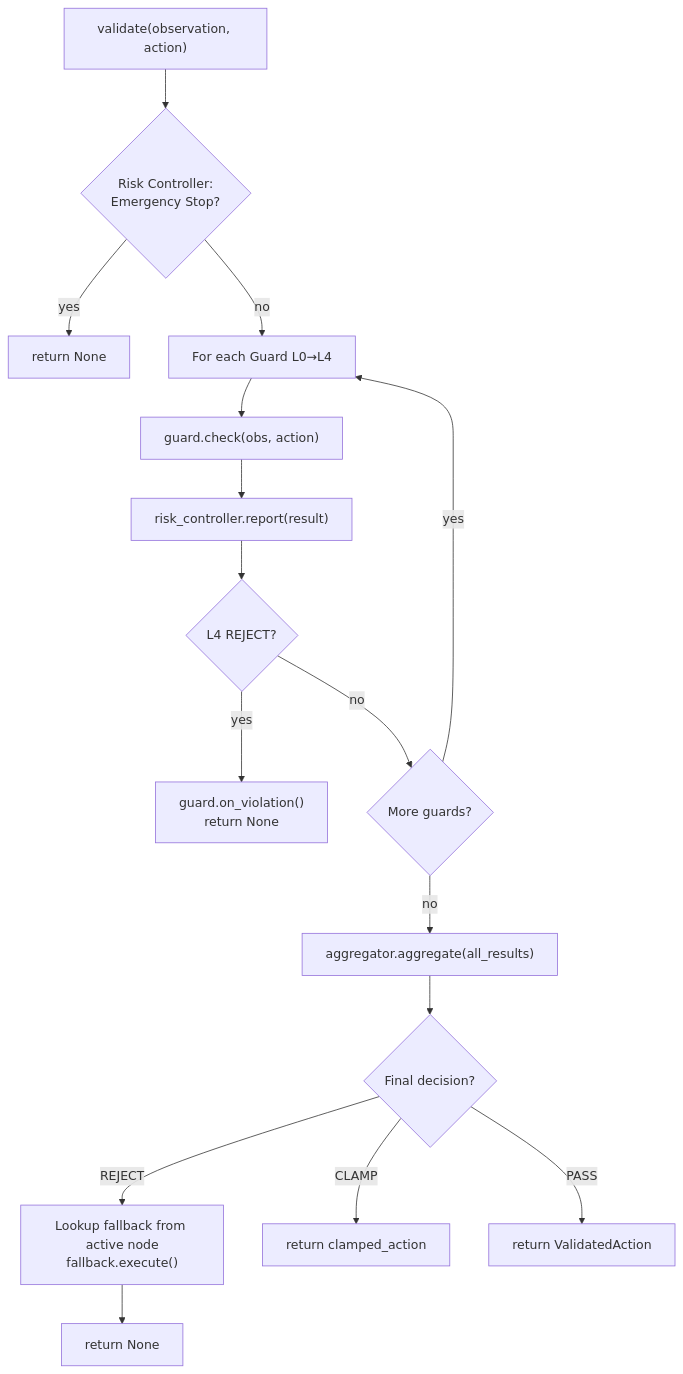
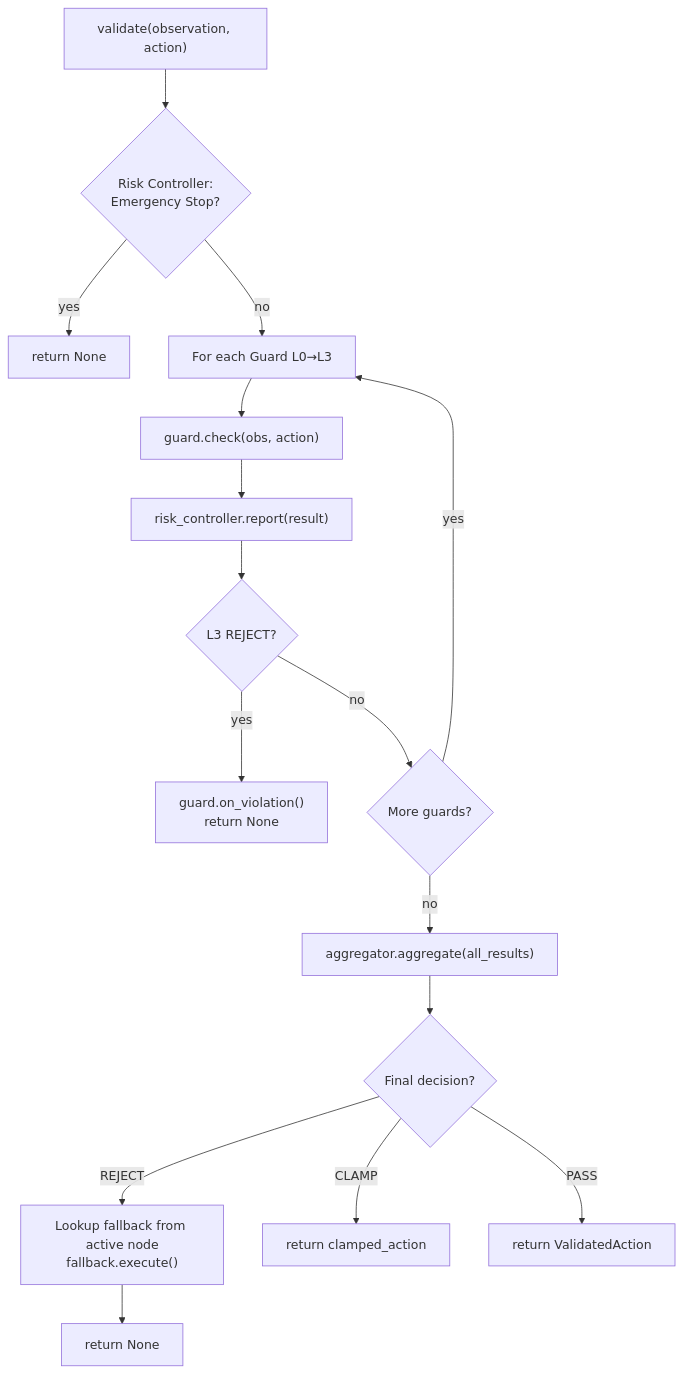
One commit to ez945y/DAM changed the fourth of 5 diagrams in docs/DAM_Specification.md. Above: the diagram before and after it, drawn with Mermaid. The commit also changed other lines of this file and 63 other files, not shown here.

````diff
--- a/docs/DAM_Specification.md
+++ b/docs/DAM_Specification.md
@@ -1095,18 +1090,18 @@
 ```mermaid
 flowchart TD
     Start["validate(observation, action)"] --> ECheck{"Risk Controller:<br/>Emergency Stop?"}
     ECheck -->|yes| RetNull["return None"]
-    ECheck -->|no| Loop["For each Guard L0→L4"]
+    ECheck -->|no| Loop["For each Guard L0→L3"]
     Loop --> Check["guard.check(obs, action)"]
     Check --> Report["risk_controller.report(result)"]
-    Report --> IsL4{"L4 REJECT?"}
-    IsL4 -->|yes| L4Stop["guard.on_violation()<br/>return None"]
-    IsL4 -->|no| Next{"More guards?"}
+    Report --> IsL3{"L3 REJECT?"}
+    IsL3 -->|yes| L3Stop["guard.on_violation()<br/>return None"]
+    IsL3 -->|no| Next{"More guards?"}
     Next -->|yes| Loop
     Next -->|no| Agg["aggregator.aggregate(all_results)"]
     Agg --> Final{"Final decision?"}
     Final -->|REJECT| Fallback["Lookup fallback from active node<br/>fallback.execute()"]
     Fallback --> RetNull2["return None"]
     Final -->|CLAMP| RetClamp["return clamped_action"]
     Final -->|PASS| RetValid["return ValidatedAction"]
 ```
````
